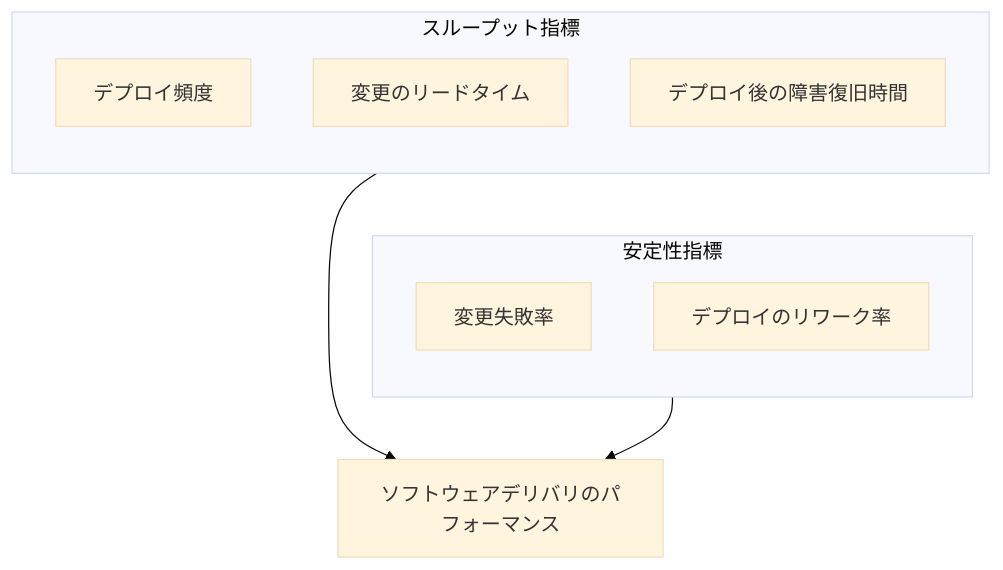
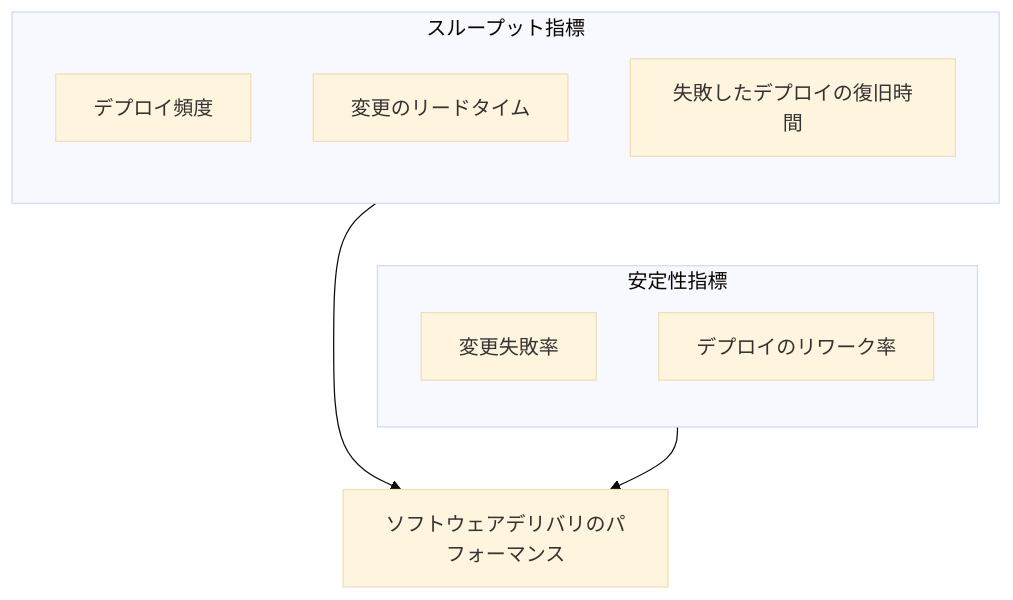
Before and after one commit to myoshi2891/Management-Team-Building-Studies: the second of 6 diagrams in Accelerate-lean-devops-guide.md, drawn with Mermaid (base theme). The commit also changed other lines of this file, not shown here.

````diff
--- a/Accelerate-lean-devops-guide.md
+++ b/Accelerate-lean-devops-guide.md
@@ -93,17 +93,17 @@
 ```mermaid
 flowchart TB
     subgraph TP["スループット指標"]
         direction TB
         A["デプロイ頻度"]
         B["変更のリードタイム"]
-        D["デプロイ後の障害復旧時間"]
+        D["失敗したデプロイの復旧時間"]
     end
     subgraph ST["安定性指標"]
         direction TB
         C["変更失敗率"]
         E["デプロイのリワーク率"]
     end
     TP ~~~ ST
     TP --> F["ソフトウェアデリバリのパフォーマンス"]
     ST --> F
 ```
````
